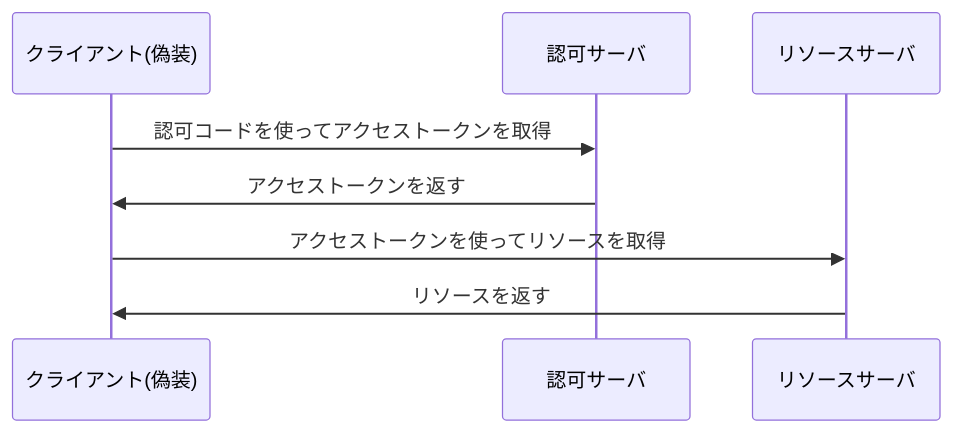
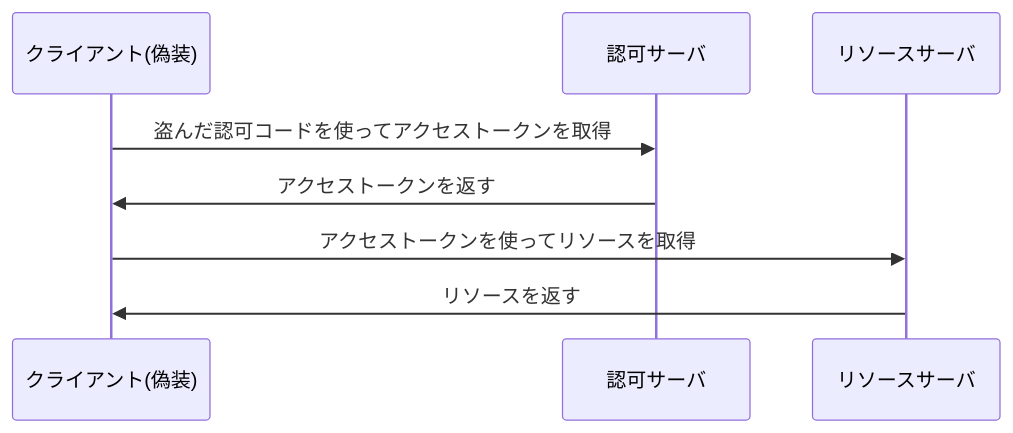
The sixth of 17 diagrams in articles/5e8da6c491e720.md (calloc134/zenn-dir), drawn with Mermaid before and after one commit. The commit also changed other lines of this file, not shown here.

Commit message:
表現をわかりやすく修正

````diff
--- a/articles/5e8da6c491e720.md
+++ b/articles/5e8da6c491e720.md
@@ -856,11 +856,11 @@
 ```mermaid
 sequenceDiagram
     participant クライアント(偽装)
     participant 認可サーバ
     participant リソースサーバ
 
-    クライアント(偽装)->>認可サーバ: 認可コードを使ってアクセストークンを取得
+    クライアント(偽装)->>認可サーバ: 盗んだ認可コードを使ってアクセストークンを取得
     認可サーバ->>クライアント(偽装): アクセストークンを返す
     クライアント(偽装)->>リソースサーバ: アクセストークンを使ってリソースを取得
     リソースサーバ->>クライアント(偽装): リソースを返す
 ```
````
